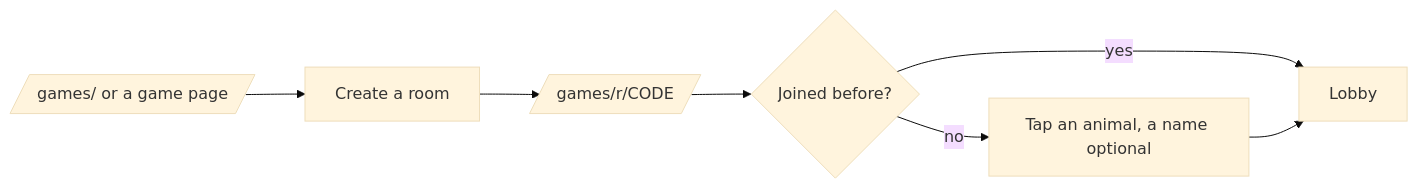
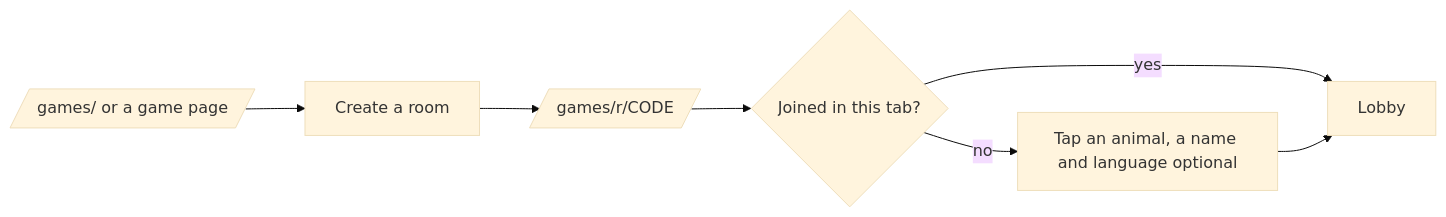
One commit to workbench-soft/workbench-soft.github.io changed the first of 4 diagrams in apps/games/docs/user-flows.md. Above: the diagram before and after it, drawn with Mermaid (base theme). The commit also changed other lines of this file and 13 other files, not shown here.

````diff
--- a/apps/games/docs/user-flows.md
+++ b/apps/games/docs/user-flows.md
@@ -5,9 +5,9 @@
 ```mermaid
 flowchart LR
   A[/games/ or a game page/] --> B[Create a room]
   B --> C[/games/r/CODE/]
-  C --> D{Joined before?}
-  D -- no --> E[Tap an animal, a name optional]
+  C --> D{Joined in this tab?}
+  D -- no --> E[Tap an animal, a name and language optional]
   D -- yes --> F[Lobby]
   E --> F
 ```
````
